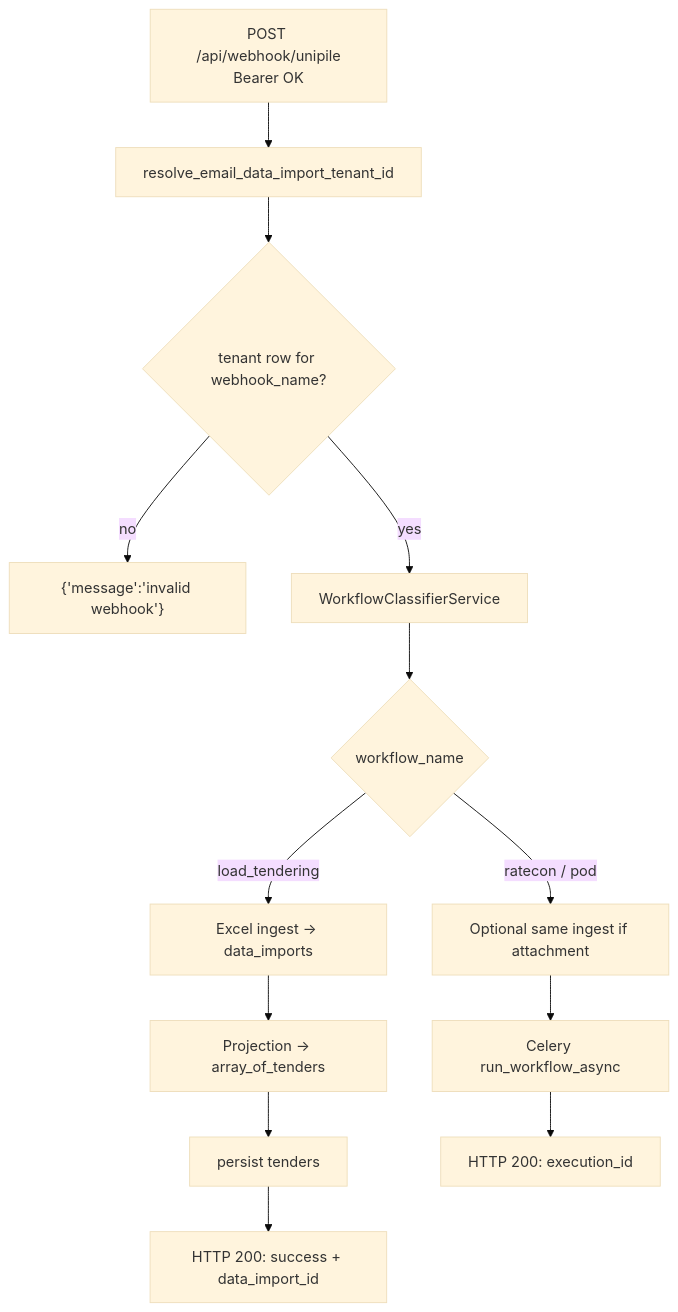
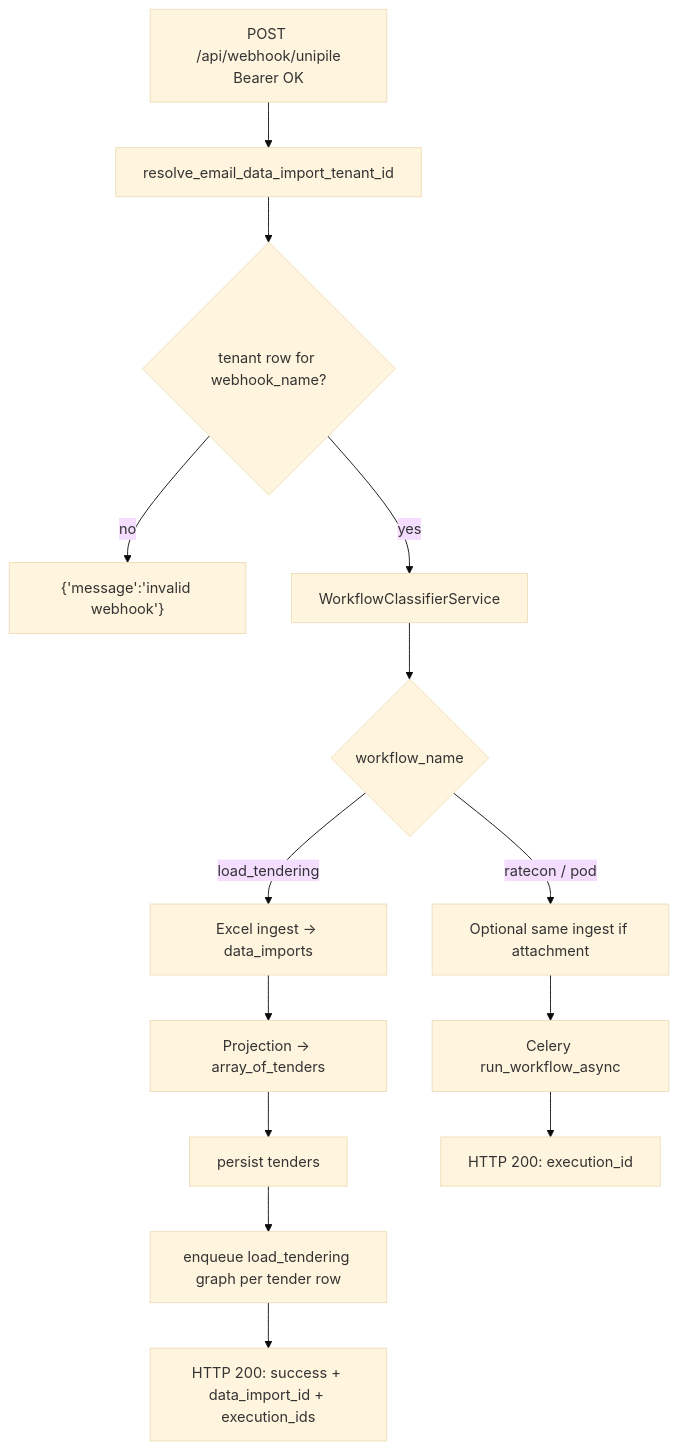
The second of 2 diagrams in docs/load_tendering_email_webhook_flow.md (lil-bunny/testingmulti), drawn with Mermaid (base theme) before and after one commit. The commit also changed other lines of this file and 17 other files, not shown here.

Commit message:
feat(load-tendering): graph tenant resolution, lifecycles schema, Gellita webhook flow

````diff
--- a/docs/load_tendering_email_webhook_flow.md
+++ b/docs/load_tendering_email_webhook_flow.md
@@ -62,15 +68,16 @@
 ```mermaid
 flowchart TD
     A["POST /api/webhook/unipile<br/>Bearer OK"] --> B["resolve_email_data_import_tenant_id"]
     B --> C{"tenant row for webhook_name?"}
     C -->|no| Z["{'message':'invalid webhook'}"]
     C -->|yes| D["WorkflowClassifierService"]
     D --> E{"workflow_name"}
     E -->|load_tendering| F["Excel ingest → data_imports"]
     F --> G["Projection → array_of_tenders"]
     G --> H["persist tenders"]
-    H --> I["HTTP 200: success + data_import_id"]
-    E -->|ratecon / pod| J["Optional same ingest if attachment"]
-    J --> K["Celery run_workflow_async"]
-    K --> L["HTTP 200: execution_id"]
+    H --> I["enqueue load_tendering graph per tender row"]
+    I --> J["HTTP 200: success + data_import_id + execution_ids"]
+    E -->|ratecon / pod| K["Optional same ingest if attachment"]
+    K --> L["Celery run_workflow_async"]
+    L --> M["HTTP 200: execution_id"]
 ```
````
